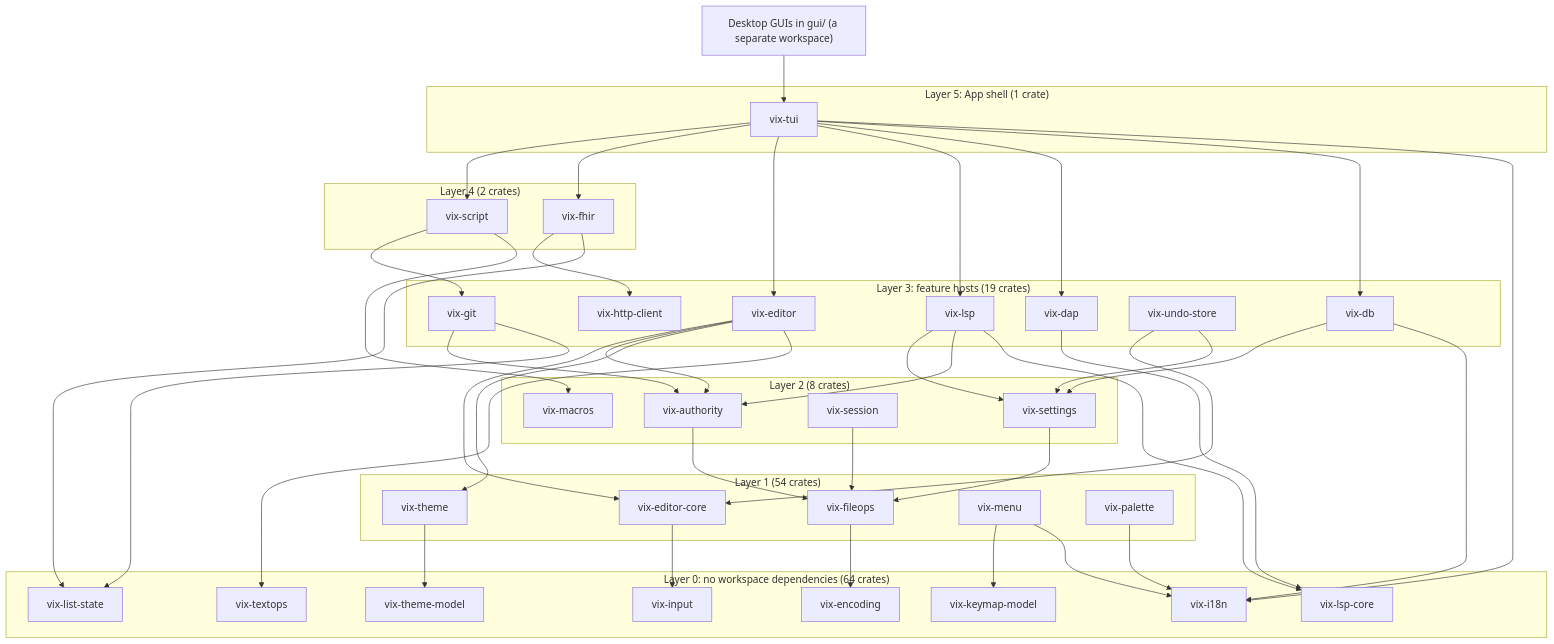
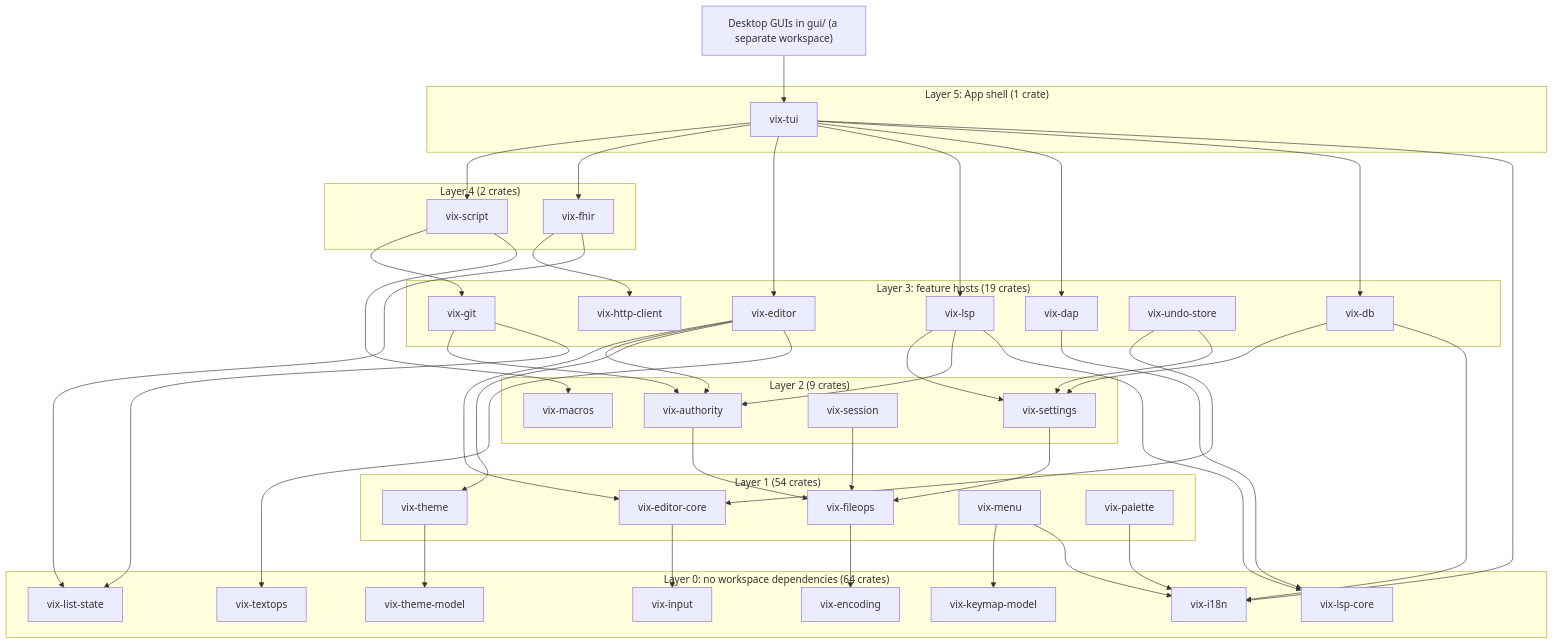
Before and after one commit to vixide/vix: the first of 18 diagrams in docs/architecture/index.md, drawn with Mermaid. The commit also changed 14 other files, not shown here.

````diff
--- a/docs/architecture/index.md
+++ b/docs/architecture/index.md
@@ -35,78 +35,78 @@
 ```mermaid
 flowchart TD
     gui["Desktop GUIs in gui/ (a separate workspace)"]
     subgraph L5["Layer 5: App shell (1 crate)"]
         tui["vix-tui"]
     end
     subgraph L4["Layer 4 (2 crates)"]
         script["vix-script"]
         fhir["vix-fhir"]
     end
     subgraph L3["Layer 3: feature hosts (19 crates)"]
         editor["vix-editor"]
         lsp["vix-lsp"]
         dap["vix-dap"]
         git["vix-git"]
         db["vix-db"]
         undo["vix-undo-store"]
         http["vix-http-client"]
     end
-    subgraph L2["Layer 2 (8 crates)"]
+    subgraph L2["Layer 2 (9 crates)"]
         settings["vix-settings"]
         authority["vix-authority"]
         session["vix-session"]
         macros["vix-macros"]
     end
     subgraph L1["Layer 1 (54 crates)"]
         core["vix-editor-core"]
         fileops["vix-fileops"]
         theme["vix-theme"]
         menu["vix-menu"]
         palette["vix-palette"]
     end
     subgraph L0["Layer 0: no workspace dependencies (64 crates)"]
         input["vix-input"]
         i18n["vix-i18n"]
         list_state["vix-list-state"]
         encoding["vix-encoding"]
         lsp_core["vix-lsp-core"]
         textops["vix-textops"]
         theme_model["vix-theme-model"]
         keymap_model["vix-keymap-model"]
     end
     gui --> tui
     tui --> script
     tui --> fhir
     tui --> editor
     tui --> lsp
     tui --> dap
     tui --> db
     tui --> i18n
     script --> git
     script --> macros
     fhir --> http
     fhir --> list_state
     editor --> core
     editor --> authority
     editor --> theme
     editor --> textops
     undo --> core
     undo --> settings
     lsp --> settings
     lsp --> authority
     lsp --> lsp_core
     dap --> lsp_core
     git --> authority
     git --> list_state
     db --> settings
     db --> i18n
     settings --> fileops
     authority --> fileops
     session --> fileops
     core --> input
     fileops --> encoding
     theme --> theme_model
     menu --> keymap_model
     menu --> i18n
     palette --> i18n
 ```
````
